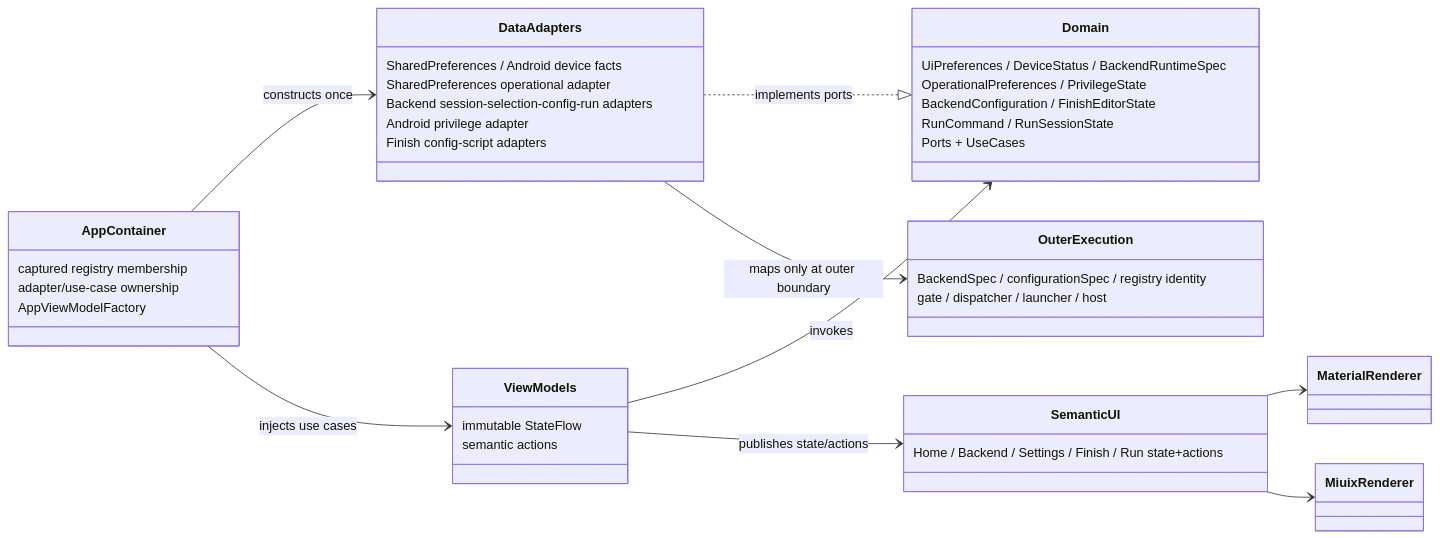
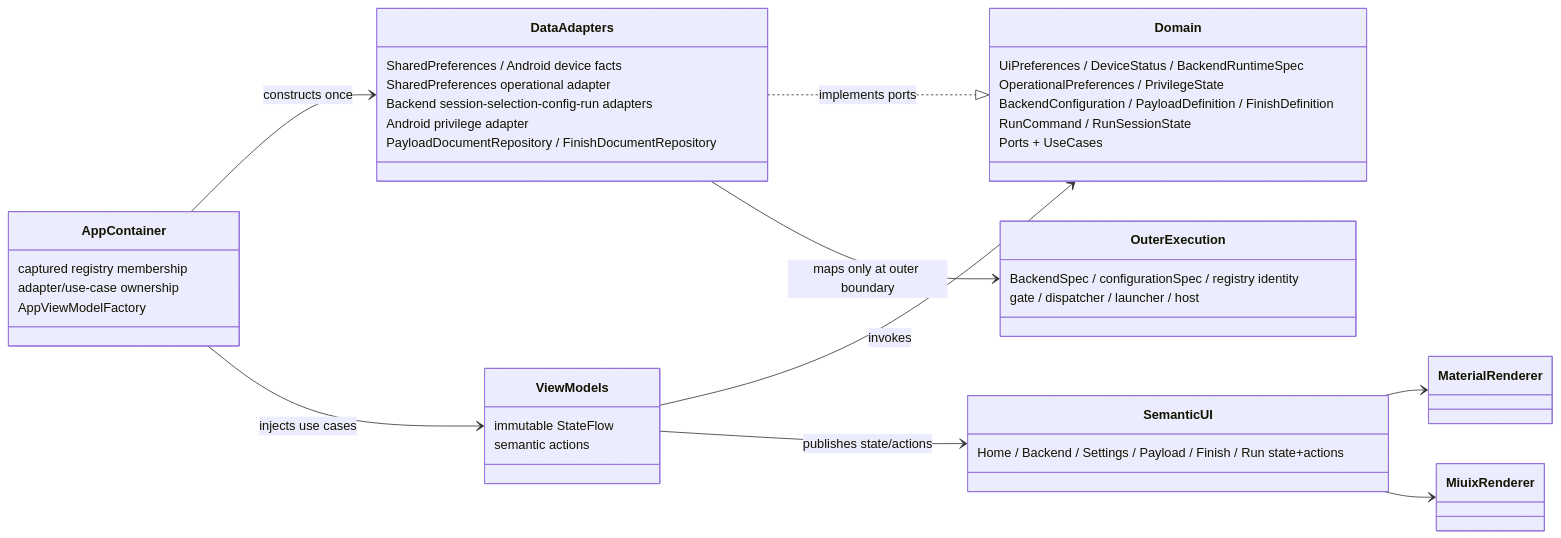
One commit to YuKongA/ghostlock-app changed diagram 36 of 51 in docs/development/full-process-uml.md. Above: the diagram before and after it, drawn with Mermaid. The commit also changed other lines of this file and 663 other files, not shown here.

First line of the commit message:
refactor(app): unify backend execution and run logging

````diff
--- a/docs/development/full-process-uml.md
+++ b/docs/development/full-process-uml.md
@@ -1210,45 +1203,45 @@
 ```mermaid
 classDiagram
   direction LR
   class Domain {
     UiPreferences / DeviceStatus / BackendRuntimeSpec
     OperationalPreferences / PrivilegeState
-    BackendConfiguration / FinishEditorState
+    BackendConfiguration / PayloadDefinition / FinishDefinition
     RunCommand / RunSessionState
     Ports + UseCases
   }
   class DataAdapters {
     SharedPreferences / Android device facts
     SharedPreferences operational adapter
     Backend session-selection-config-run adapters
     Android privilege adapter
-    Finish config-script adapters
+    PayloadDocumentRepository / FinishDocumentRepository
   }
   class AppContainer {
     captured registry membership
     adapter/use-case ownership
     AppViewModelFactory
   }
   class ViewModels {
     immutable StateFlow
     semantic actions
   }
   class SemanticUI {
-    Home / Backend / Settings / Finish / Run state+actions
+    Home / Backend / Settings / Payload / Finish / Run state+actions
   }
   class MaterialRenderer
   class MiuixRenderer
   class OuterExecution {
     BackendSpec / configurationSpec / registry identity
     gate / dispatcher / launcher / host
   }
 
   AppContainer --> DataAdapters : constructs once
   DataAdapters ..|> Domain : implements ports
   AppContainer --> ViewModels : injects use cases
   ViewModels --> Domain : invokes
   ViewModels --> SemanticUI : publishes state/actions
   SemanticUI --> MaterialRenderer
   SemanticUI --> MiuixRenderer
   DataAdapters --> OuterExecution : maps only at outer boundary
 ```
````
